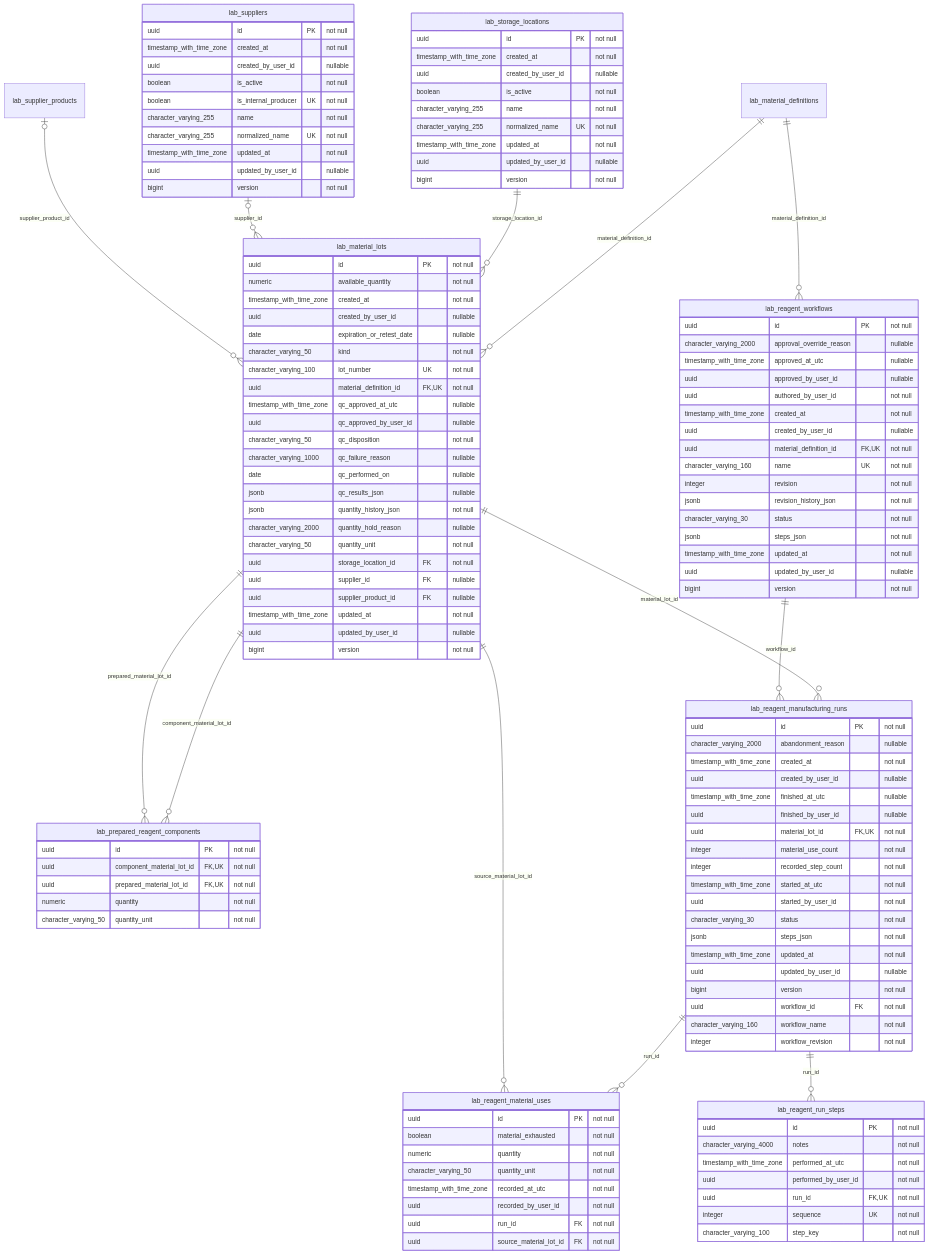
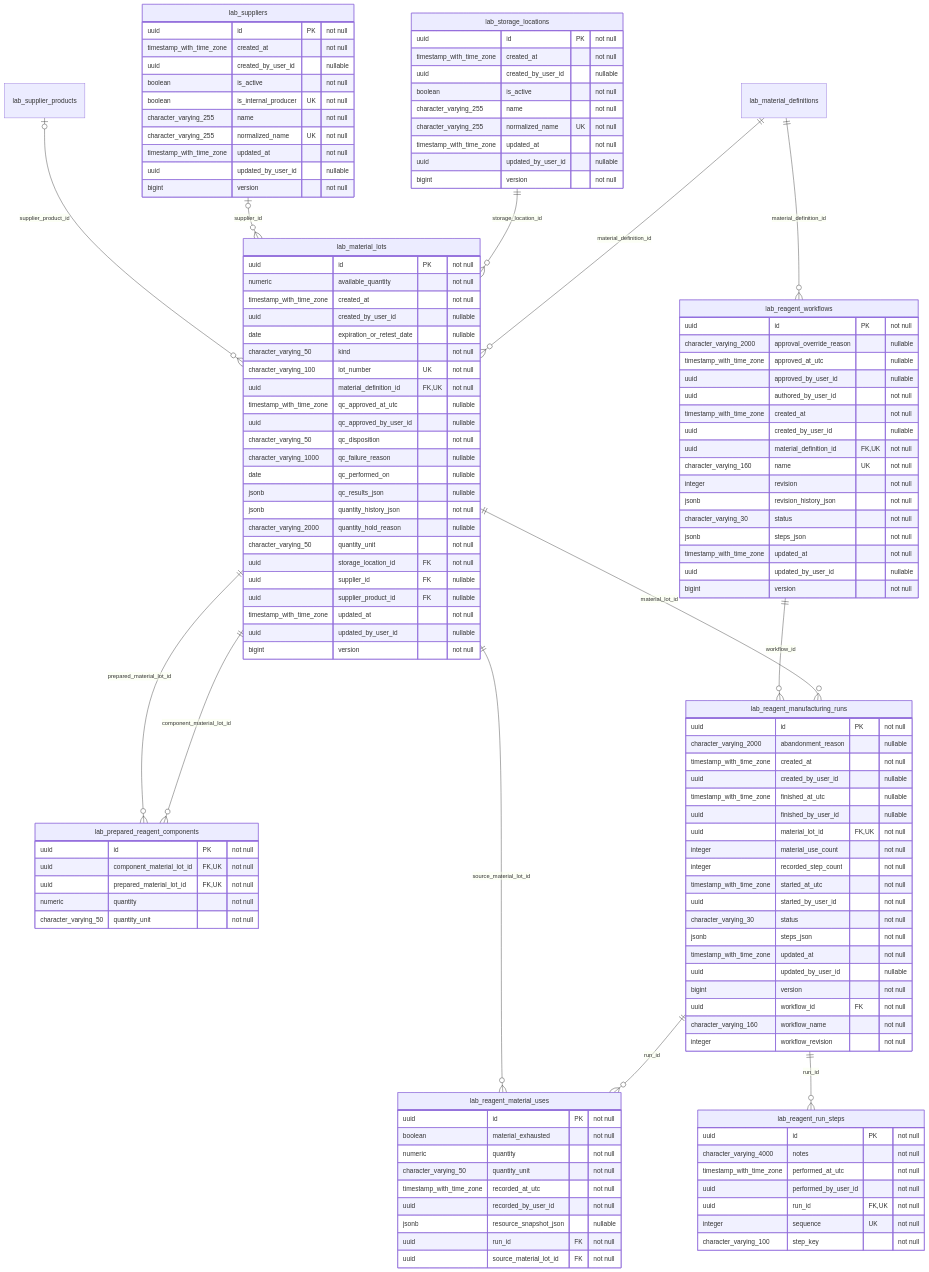
Before and after one commit to behaack/phaeno-ops-mgmt-system: diagram 32 of 40 in docs/database-erd.md, drawn with Mermaid. The commit also changed other lines of this file and 183 other files, not shown here.

```diff
--- a/docs/database-erd.md
+++ b/docs/database-erd.md
@@ -4283,6 +4337,7 @@
         character_varying_50 quantity_unit "not null"
         timestamp_with_time_zone recorded_at_utc "not null"
         uuid recorded_by_user_id "not null"
+        jsonb resource_snapshot_json "nullable"
         uuid run_id FK "not null"
         uuid source_material_lot_id FK "not null"
     }
```
